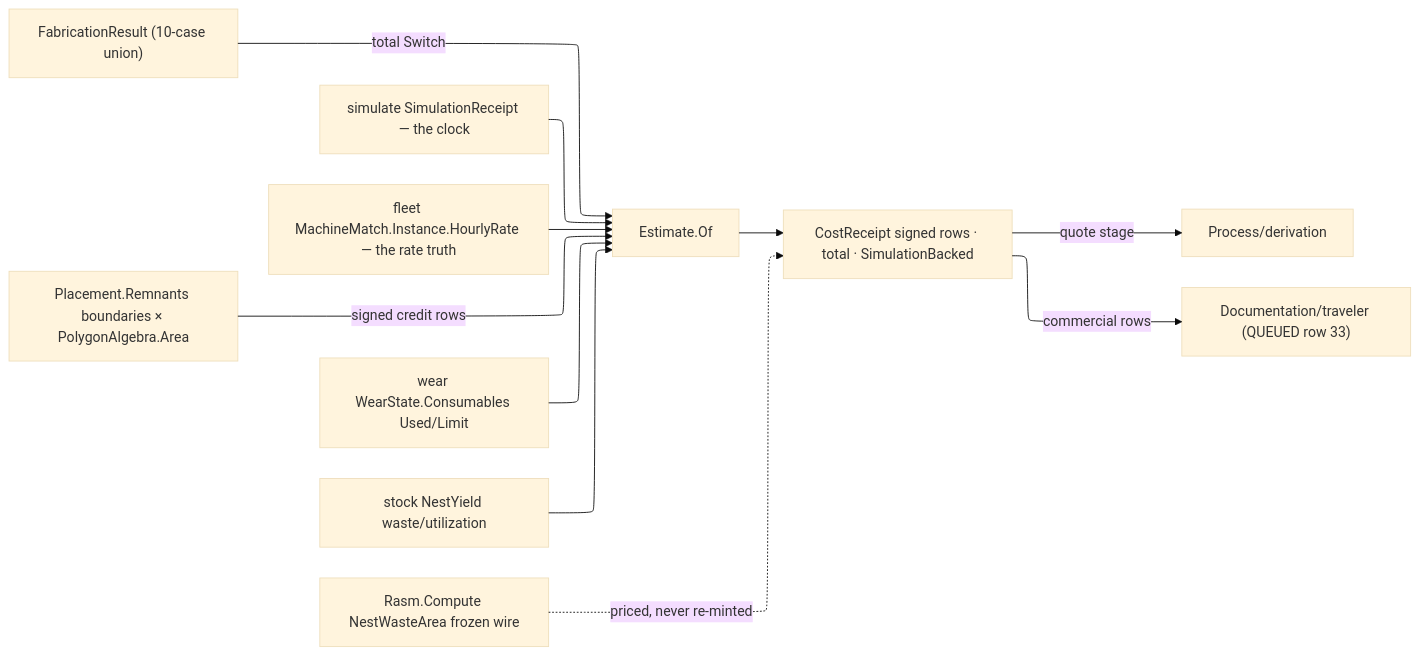
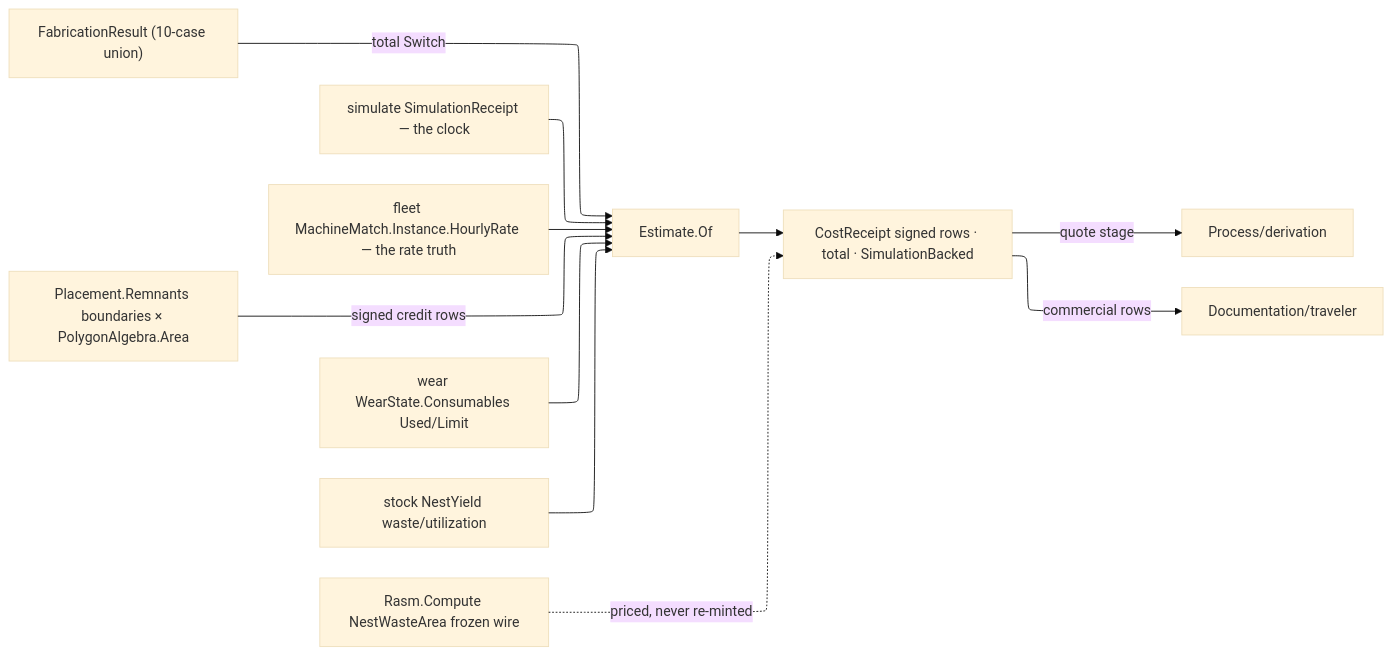
The diagram in libs/csharp/Rasm.Fabrication/.planning/Verify/estimation.md (bsamiee/Rasm), drawn with Mermaid before and after one commit. The commit also changed other lines of this file and 181 other files, not shown here.

````diff
--- a/libs/csharp/Rasm.Fabrication/.planning/Verify/estimation.md
+++ b/libs/csharp/Rasm.Fabrication/.planning/Verify/estimation.md
@@ -139,18 +139,18 @@
 ```mermaid
 ---
 config:
   layout: elk
   theme: base
 ---
 flowchart LR
     Result["FabricationResult (10-case union)"] -->|total Switch| Of["Estimate.Of"]
     Sim["simulate SimulationReceipt — the clock"] --> Of
     Fleet["fleet MachineMatch.Instance.HourlyRate — the rate truth"] --> Of
     Wear["wear WearState.Consumables Used/Limit"] --> Of
     Yield["stock NestYield waste/utilization"] --> Of
     Remnants["Placement.Remnants boundaries × PolygonAlgebra.Area"] -->|signed credit rows| Of
     Of --> Receipt["CostReceipt signed rows · total · SimulationBacked"]
     Receipt -->|quote stage| Derivation["Process/derivation"]
-    Receipt -->|commercial rows| Traveler["Documentation/traveler (QUEUED row 33)"]
+    Receipt -->|commercial rows| Traveler["Documentation/traveler"]
     Compute["Rasm.Compute NestWasteArea frozen wire"] -.->|priced, never re-minted| Receipt
 ```
````
